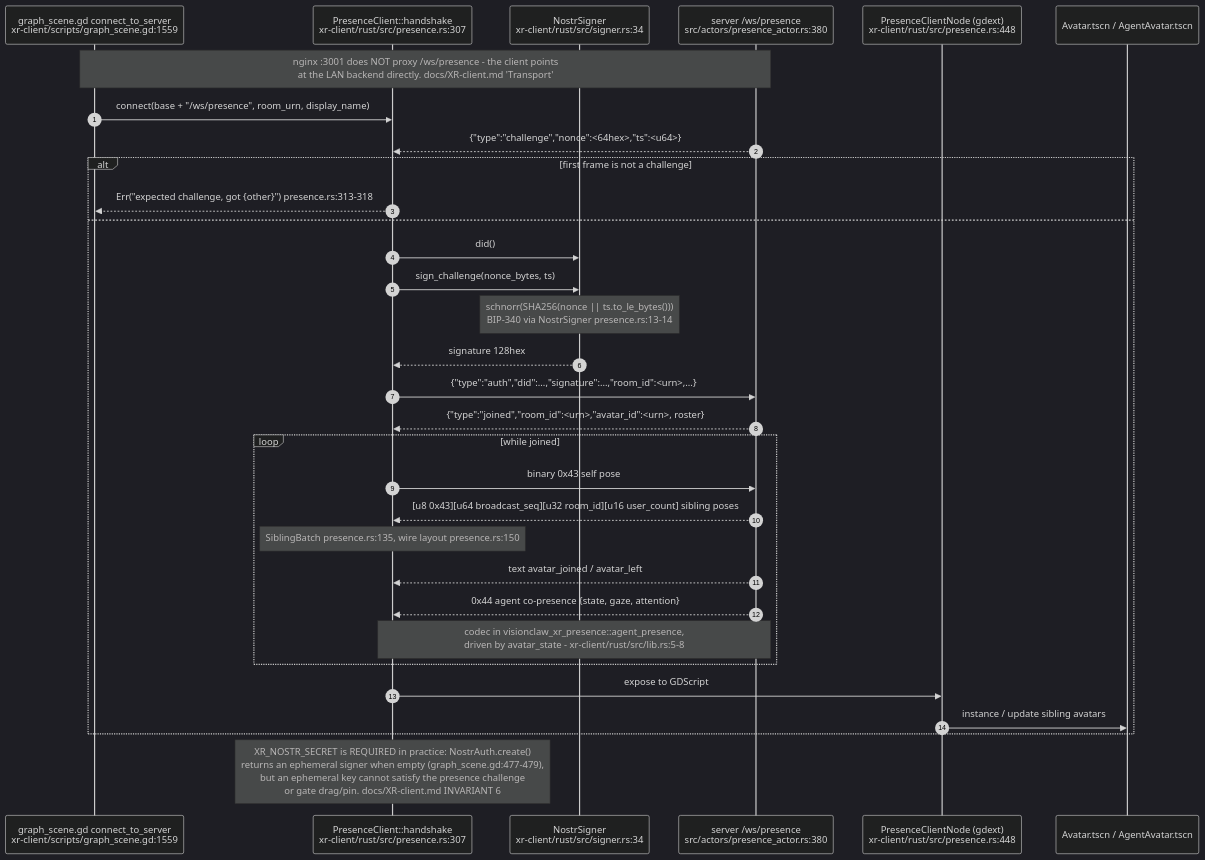
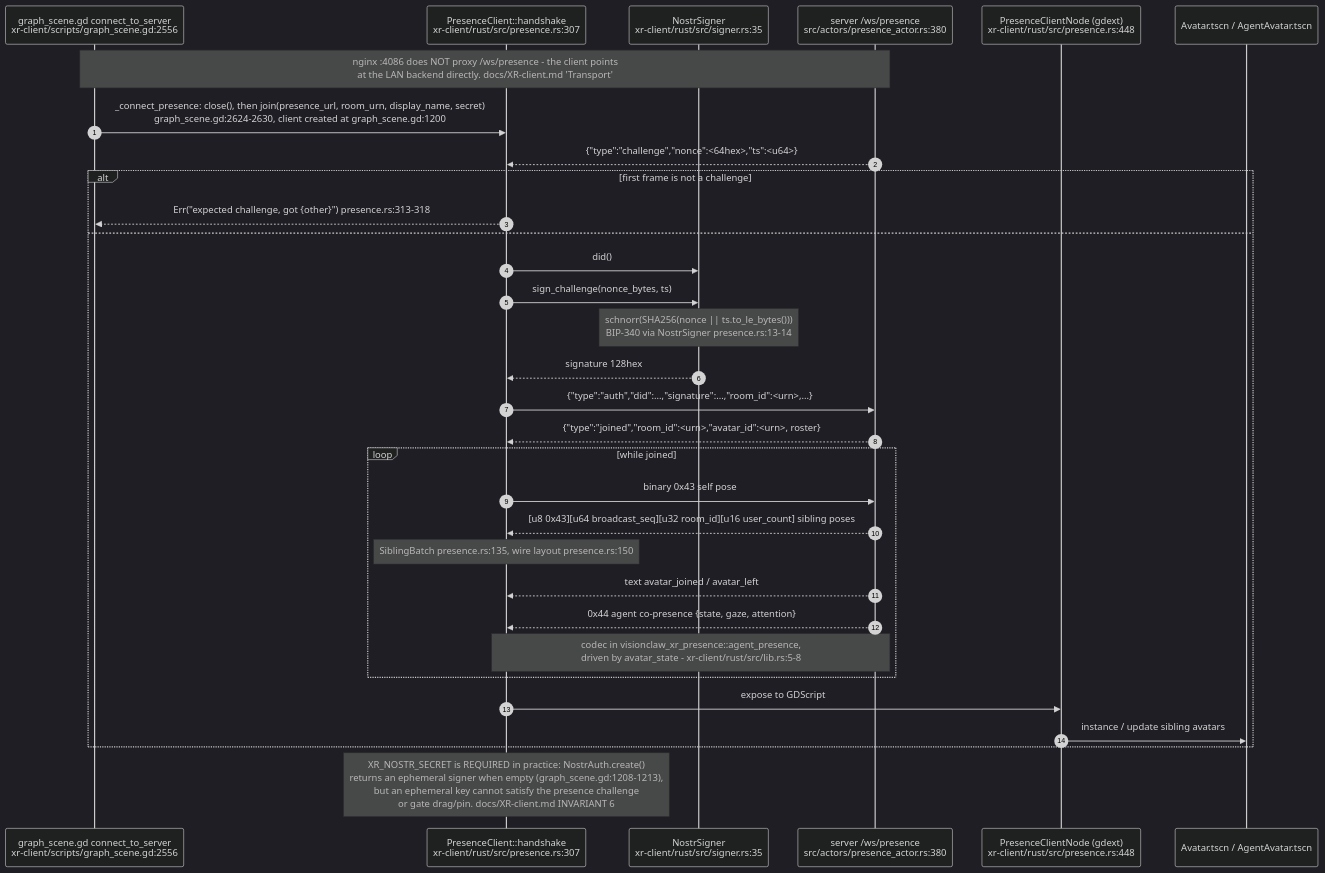
One commit to DreamLab-AI/VisionFlow changed the tenth of 27 diagrams in docs/diagrams/visionclaw/36-godot-xr-client.md. Above: the diagram before and after it, drawn with Mermaid (dark theme). The commit also changed other lines of this file and 173 other files, not shown here.

````diff
--- a/docs/diagrams/visionclaw/36-godot-xr-client.md
+++ b/docs/diagrams/visionclaw/36-godot-xr-client.md
@@ -531,35 +543,35 @@
 ```mermaid
 sequenceDiagram
     autonumber
-    participant GS as graph_scene.gd connect_to_server<br/>xr-client/scripts/graph_scene.gd:1559
+    participant GS as graph_scene.gd connect_to_server<br/>xr-client/scripts/graph_scene.gd:2556
     participant PC as PresenceClient::handshake<br/>xr-client/rust/src/presence.rs:307
-    participant SG as NostrSigner<br/>xr-client/rust/src/signer.rs:34
+    participant SG as NostrSigner<br/>xr-client/rust/src/signer.rs:35
     participant SV as server /ws/presence<br/>src/actors/presence_actor.rs:380
     participant PN as PresenceClientNode (gdext)<br/>xr-client/rust/src/presence.rs:448
     participant AV as Avatar.tscn / AgentAvatar.tscn
 
-    Note over GS,SV: nginx :3001 does NOT proxy /ws/presence - the client points<br/>at the LAN backend directly. docs/XR-client.md 'Transport'
-    GS->>PC: connect(base + "/ws/presence", room_urn, display_name)
+    Note over GS,SV: nginx :4086 does NOT proxy /ws/presence - the client points<br/>at the LAN backend directly. docs/XR-client.md 'Transport'
+    GS->>PC: _connect_presence: close(), then join(presence_url, room_urn, display_name, secret)<br/>graph_scene.gd:2624-2630, client created at graph_scene.gd:1200
     SV-->>PC: {"type":"challenge","nonce":<64hex>,"ts":<u64>}
     alt first frame is not a challenge
         PC-->>GS: Err("expected challenge, got {other}") presence.rs:313-318
     else
         PC->>SG: did()
         PC->>SG: sign_challenge(nonce_bytes, ts)
         Note over SG: schnorr(SHA256(nonce || ts.to_le_bytes()))<br/>BIP-340 via NostrSigner presence.rs:13-14
         SG-->>PC: signature 128hex
         PC->>SV: {"type":"auth","did":...,"signature":...,"room_id":<urn>,...}
         SV-->>PC: {"type":"joined","room_id":<urn>,"avatar_id":<urn>, roster}
         loop while joined
             PC->>SV: binary 0x43 self pose
             SV-->>PC: [u8 0x43][u64 broadcast_seq][u32 room_id][u16 user_count] sibling poses
             Note over PC: SiblingBatch presence.rs:135, wire layout presence.rs:150
             SV-->>PC: text avatar_joined / avatar_left
             SV-->>PC: 0x44 agent co-presence {state, gaze, attention}
             Note over SV,PC: codec in visionclaw_xr_presence::agent_presence,<br/>driven by avatar_state - xr-client/rust/src/lib.rs:5-8
         end
         PC->>PN: expose to GDScript
         PN->>AV: instance / update sibling avatars
     end
-    Note over PC: XR_NOSTR_SECRET is REQUIRED in practice: NostrAuth.create()<br/>returns an ephemeral signer when empty (graph_scene.gd:477-479),<br/>but an ephemeral key cannot satisfy the presence challenge<br/>or gate drag/pin. docs/XR-client.md INVARIANT 6
+    Note over PC: XR_NOSTR_SECRET is REQUIRED in practice: NostrAuth.create()<br/>returns an ephemeral signer when empty (graph_scene.gd:1208-1213),<br/>but an ephemeral key cannot satisfy the presence challenge<br/>or gate drag/pin. docs/XR-client.md INVARIANT 6
 ```
````
